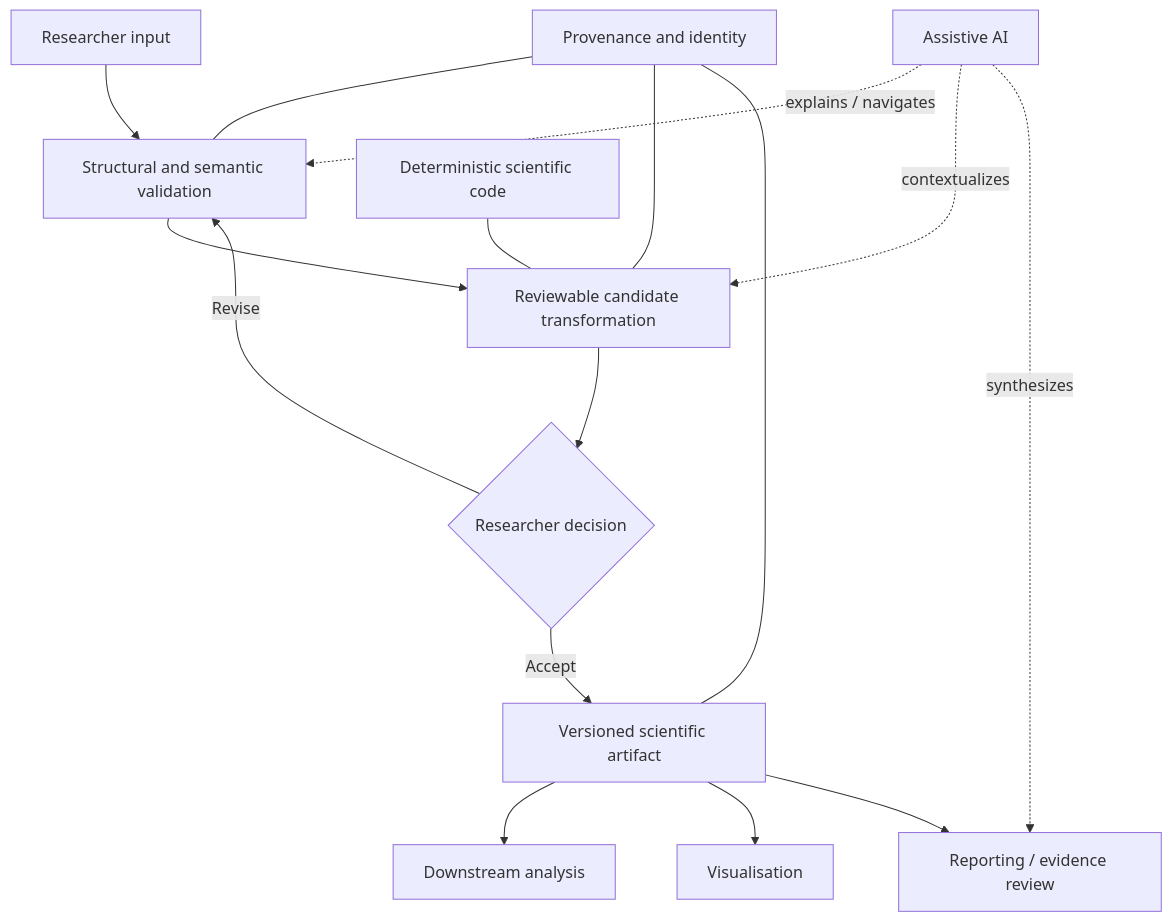
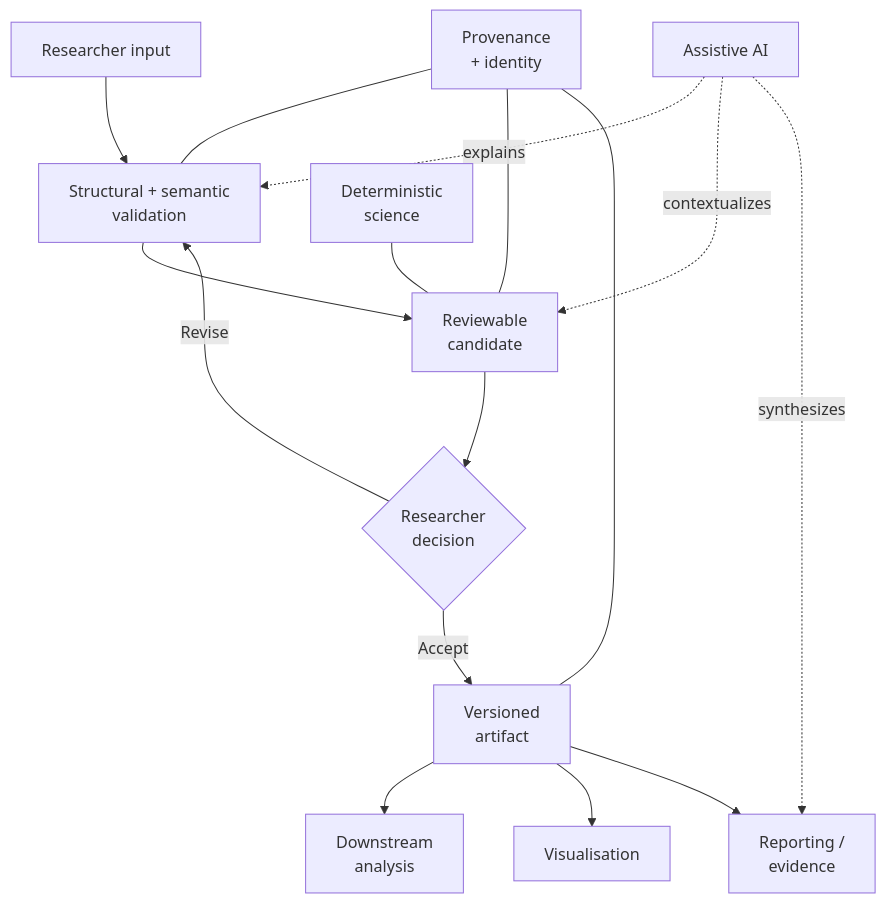
One commit to wilderruiz/zomniverse-project changed the second of 5 diagrams in docs/ENGINEERING_OVERVIEW.md. Above: the diagram before and after it, drawn with Mermaid. The commit also changed other lines of this file, not shown here.

Commit message:
docs: fix clipped Mermaid labels across engineering overview

````diff
--- a/docs/ENGINEERING_OVERVIEW.md
+++ b/docs/ENGINEERING_OVERVIEW.md
@@ -70,19 +70,19 @@
 ```mermaid
 flowchart TD
-    A[Researcher input] --> B[Structural and semantic validation]
-    B --> C[Reviewable candidate transformation]
-    C --> D{Researcher decision}
+    A["Researcher input"] --> B["Structural + semantic<br/>validation"]
+    B --> C["Reviewable<br/>candidate"]
+    C --> D{"Researcher<br/>decision"}
     D -->|Revise| B
-    D -->|Accept| E[Versioned scientific artifact]
-    E --> F[Downstream analysis]
-    E --> G[Visualisation]
-    E --> H[Reporting / evidence review]
+    D -->|Accept| E["Versioned<br/>artifact"]
+    E --> F["Downstream<br/>analysis"]
+    E --> G["Visualisation"]
+    E --> H["Reporting /<br/>evidence"]
 
-    P[Provenance and identity] --- B
+    P["Provenance<br/>+ identity"] --- B
     P --- C
     P --- E
-    Q[Deterministic scientific code] --- C
-    R[Assistive AI] -. explains / navigates .-> B
+    Q["Deterministic<br/>science"] --- C
+    R["Assistive AI"] -. explains .-> B
     R -. contextualizes .-> C
     R -. synthesizes .-> H
 ```
````
